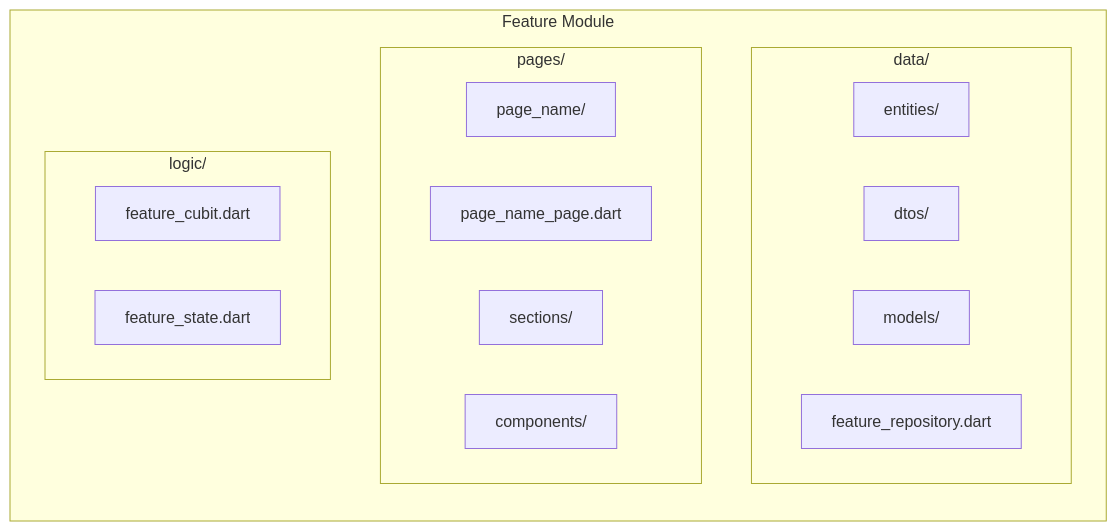
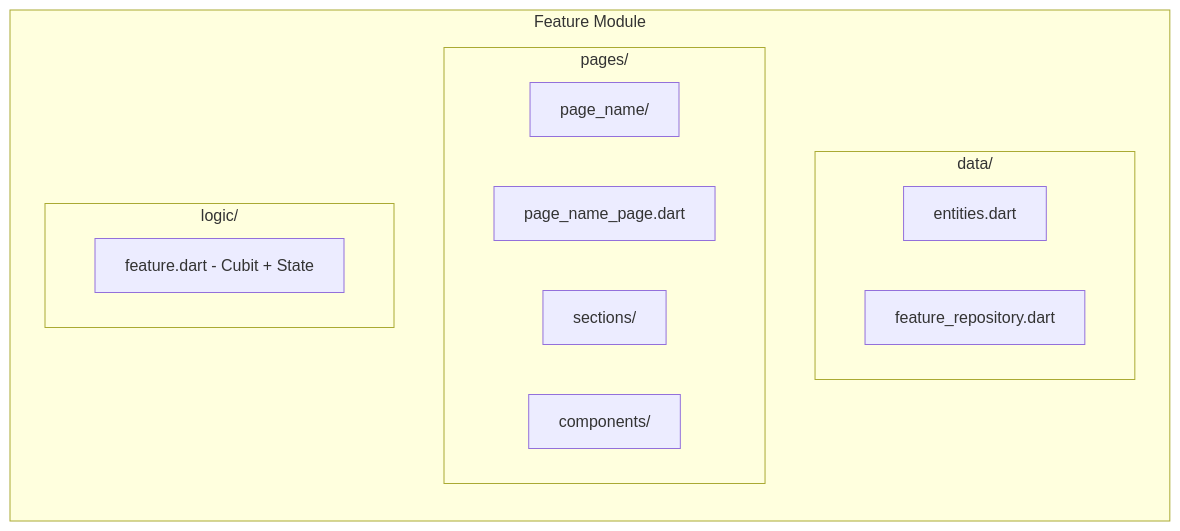
Before and after one commit to mjablecnik/Dancee-2.0: the second of 7 diagrams in .kiro/specs/flutter-architecture-refactor/design.md, drawn with Mermaid. The commit also changed other lines of this file and 2 other files, not shown here.

Commit message:
feat: implement entities-only data layer with direct JSON serialization

````diff
--- a/.kiro/specs/flutter-architecture-refactor/design.md
+++ b/.kiro/specs/flutter-architecture-refactor/design.md
@@ -80,23 +74,20 @@
 ```mermaid
 graph LR
     subgraph "Feature Module"
         subgraph "data/"
-            Entities[entities/]
-            DTOs[dtos/]
-            ModelsDir[models/]
+            EntitiesFile[entities.dart]
             Repo[feature_repository.dart]
         end
         
         subgraph "pages/"
             Page[page_name/]
             PageFile[page_name_page.dart]
             SectionsDir[sections/]
             ComponentsDir[components/]
         end
         
         subgraph "logic/"
-            Cubit[feature_cubit.dart]
-            State[feature_state.dart]
+            CubitFile[feature.dart - Cubit + State]
         end
     end
 ```
````
